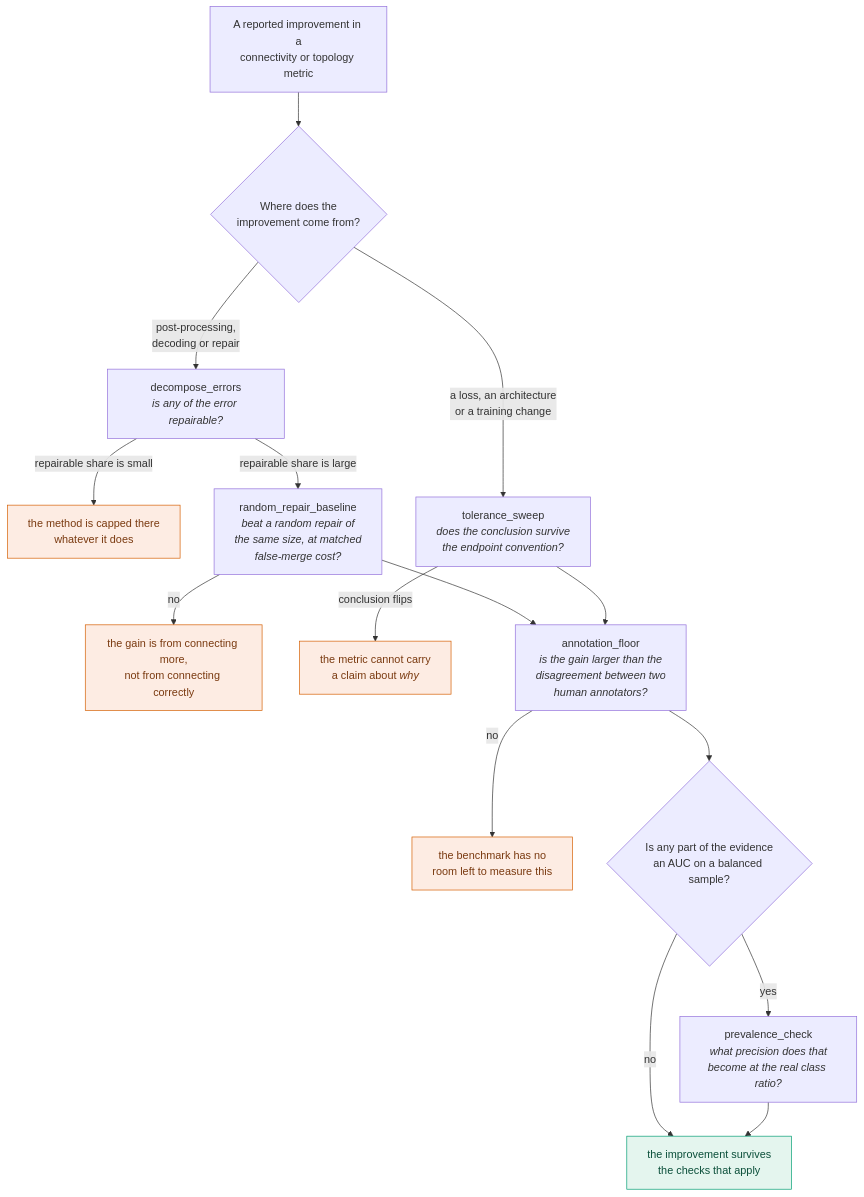
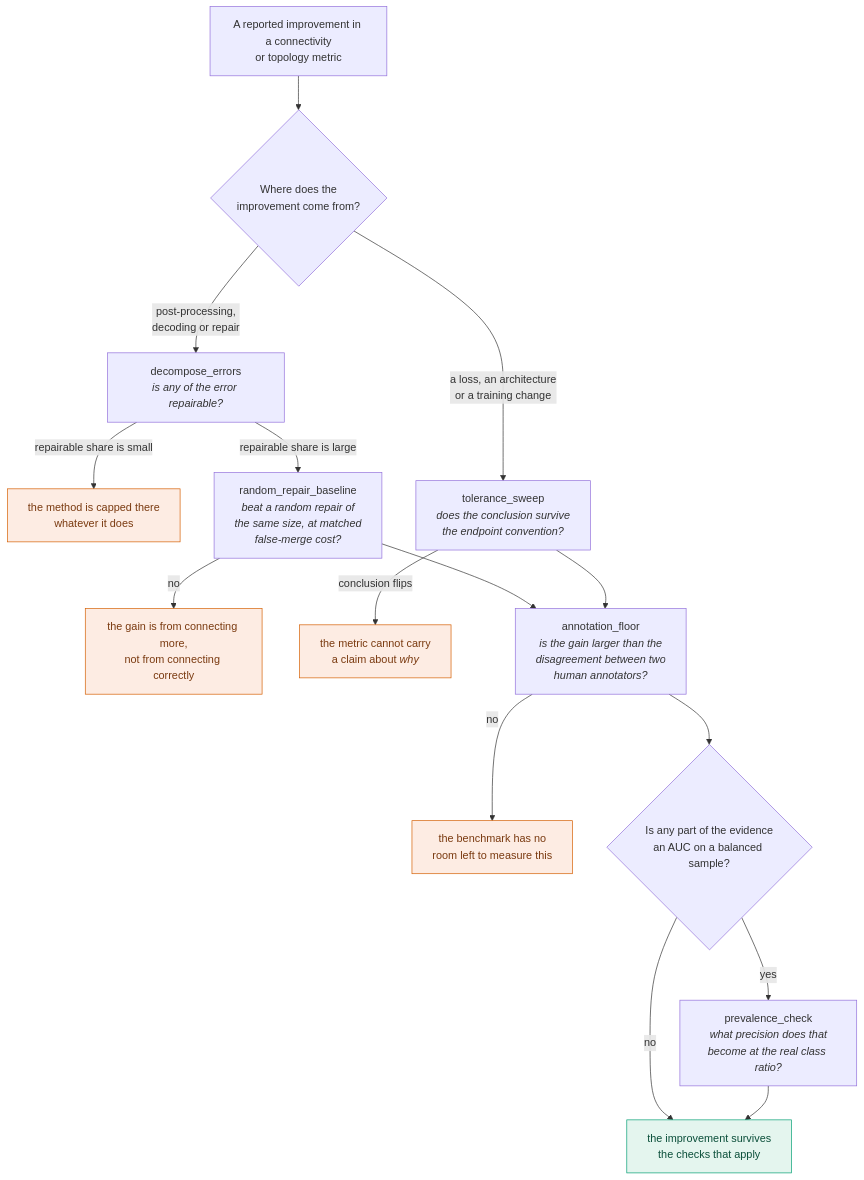
The diagram in README.md (GuoCheng24/topocheck), drawn with Mermaid before and after one commit.

Commit message:
Balance the wrapping in the first flowchart node
Verified by rendering the diagram with mermaid-cli rather than assuming GitHub
would accept it: the line breaks, the italics inside node labels and the classDef
colours all render, which was not obvious in advance.

````diff
--- a/README.md
+++ b/README.md
@@ -86,26 +86,26 @@
 ```mermaid
 flowchart TD
-    A["A reported improvement in a<br/>connectivity or topology metric"] --> B{"Where does the<br/>improvement come from?"}
+    A["A reported improvement in a connectivity<br/>or topology metric"] --> B{"Where does the<br/>improvement come from?"}
 
     B -->|"post-processing,<br/>decoding or repair"| C["decompose_errors<br/><i>is any of the error repairable?</i>"]
     C -->|"repairable share is small"| C1["the method is capped there<br/>whatever it does"]
     C -->|"repairable share is large"| D["random_repair_baseline<br/><i>beat a random repair of<br/>the same size, at matched<br/>false-merge cost?</i>"]
     D -->|no| D1["the gain is from connecting more,<br/>not from connecting correctly"]
 
     B -->|"a loss, an architecture<br/>or a training change"| E["tolerance_sweep<br/><i>does the conclusion survive<br/>the endpoint convention?</i>"]
     E -->|"conclusion flips"| E1["the metric cannot carry<br/>a claim about <i>why</i>"]
 
     D --> F["annotation_floor<br/><i>is the gain larger than the<br/>disagreement between two<br/>human annotators?</i>"]
     E --> F
     F -->|no| F1["the benchmark has no<br/>room left to measure this"]
 
     F --> G{"Is any part of the evidence<br/>an AUC on a balanced sample?"}
     G -->|yes| H["prevalence_check<br/><i>what precision does that<br/>become at the real class ratio?</i>"]
     G -->|no| I["the improvement survives<br/>the checks that apply"]
     H --> I
 
     classDef warn fill:#fdece3,stroke:#D55E00,color:#7a3a10;
     classDef ok fill:#e4f5ee,stroke:#009E73,color:#0b4f3a;
     class C1,D1,E1,F1 warn;
     class I ok;
 ```
````
